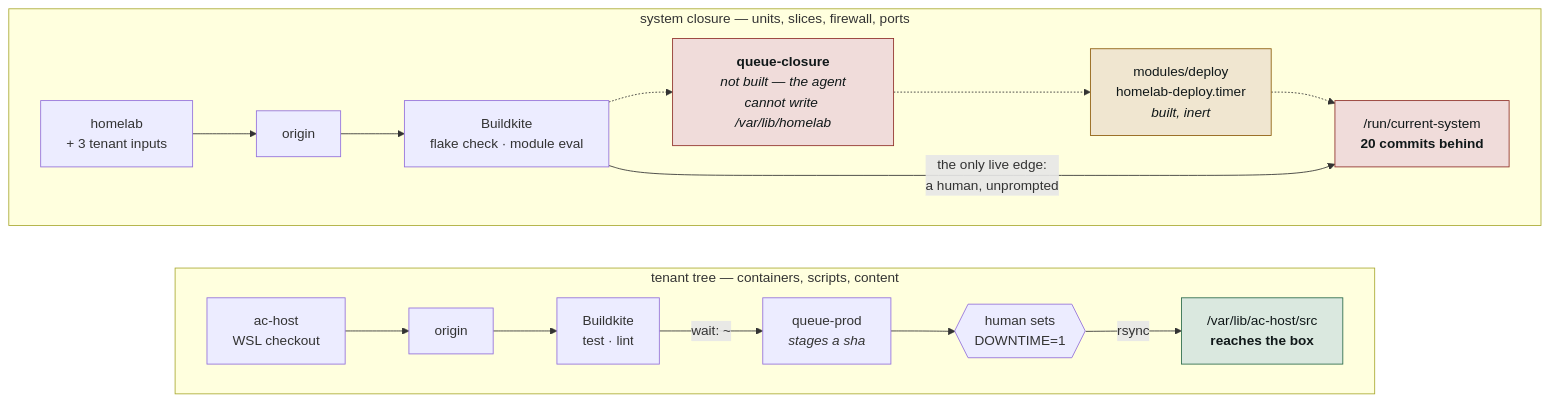
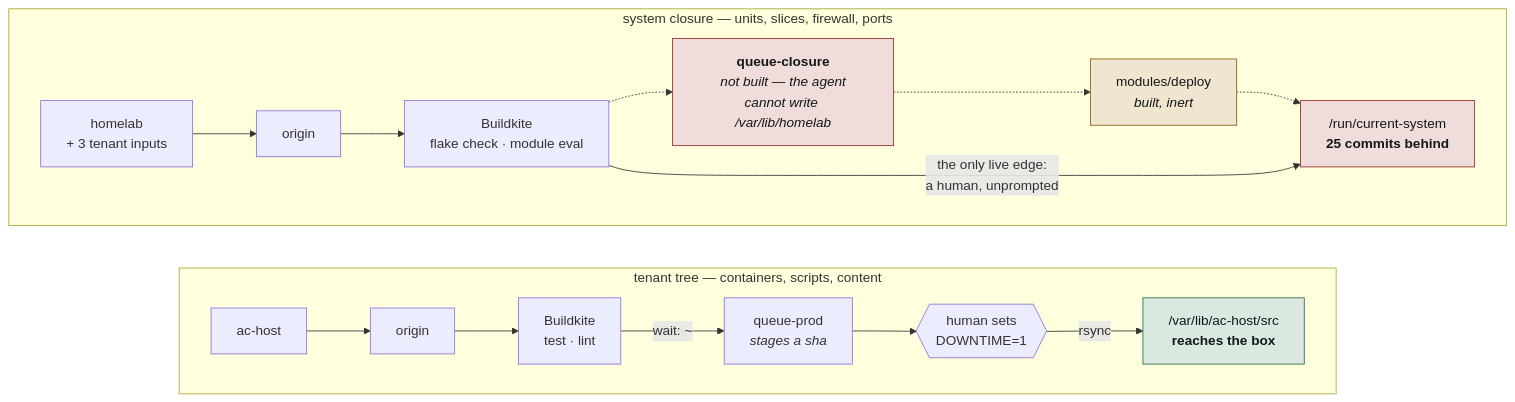
One commit to imkarrer/homelab changed the second of 5 diagrams in docs/architecture.md. Above: the diagram before and after it, drawn with Mermaid. The commit also changed other lines of this file, not shown here.

First line of the commit message:
architecture: draw the current and the target, and itemise the distance

````diff
--- a/docs/architecture.md
+++ b/docs/architecture.md
@@ -60,28 +60,28 @@
 ```mermaid
 flowchart LR
     subgraph TENANT ["tenant tree — containers, scripts, content"]
         direction LR
-        A1["ac-host<br/>WSL checkout"] --> A2["origin"]
+        A1["ac-host"] --> A2["origin"]
         A2 --> A3["Buildkite<br/>test · lint"]
         A3 -- "wait: ~" --> A4["queue-prod<br/><i>stages a sha</i>"]
         A4 --> A5{{"human sets<br/>DOWNTIME=1"}}
         A5 -- "rsync" --> A6["/var/lib/ac-host/src<br/><b>reaches the box</b>"]
     end
 
     subgraph CLOSURE ["system closure — units, slices, firewall, ports"]
         direction LR
         B1["homelab<br/>+ 3 tenant inputs"] --> B2["origin"]
         B2 --> B3["Buildkite<br/>flake check · module eval"]
         B3 -.-> B4["<b>queue-closure</b><br/><i>not built — the agent<br/>cannot write /var/lib/homelab</i>"]
-        B4 -.-> B5["modules/deploy<br/>homelab-deploy.timer<br/><i>built, inert</i>"]
-        B5 -.-> B6["/run/current-system<br/><b>20 commits behind</b>"]
+        B4 -.-> B5["modules/deploy<br/><i>built, inert</i>"]
+        B5 -.-> B6["/run/current-system<br/><b>25 commits behind</b>"]
         B3 -- "the only live edge:<br/>a human, unprompted" --> B6
     end
 
     classDef ok fill:#dae8df,stroke:#2c6b4b,color:#101819;
     classDef gap fill:#f0dcda,stroke:#8f2f29,color:#101819;
     classDef pend fill:#f0e6d0,stroke:#8d5c0c,color:#101819;
     class A6 ok;
     class B4,B6 gap;
     class B5 pend;
 ```
````
